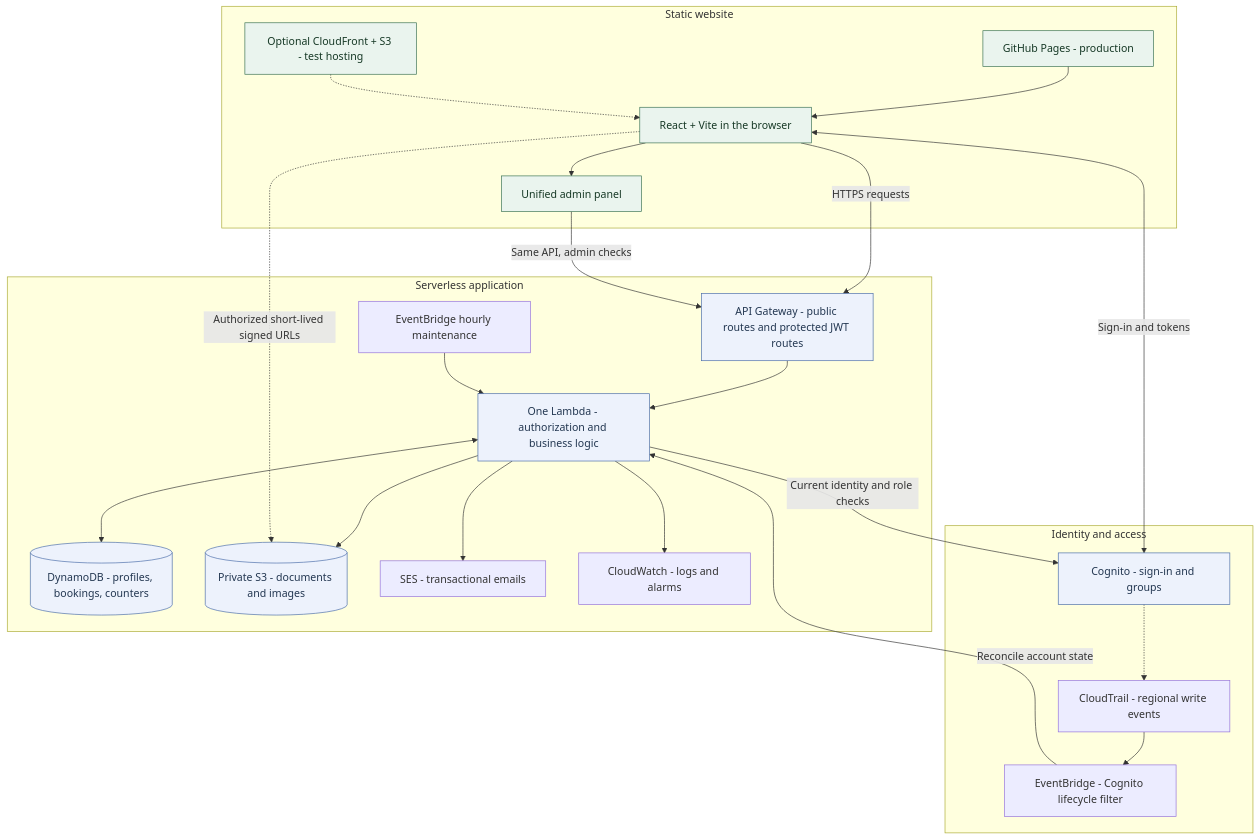
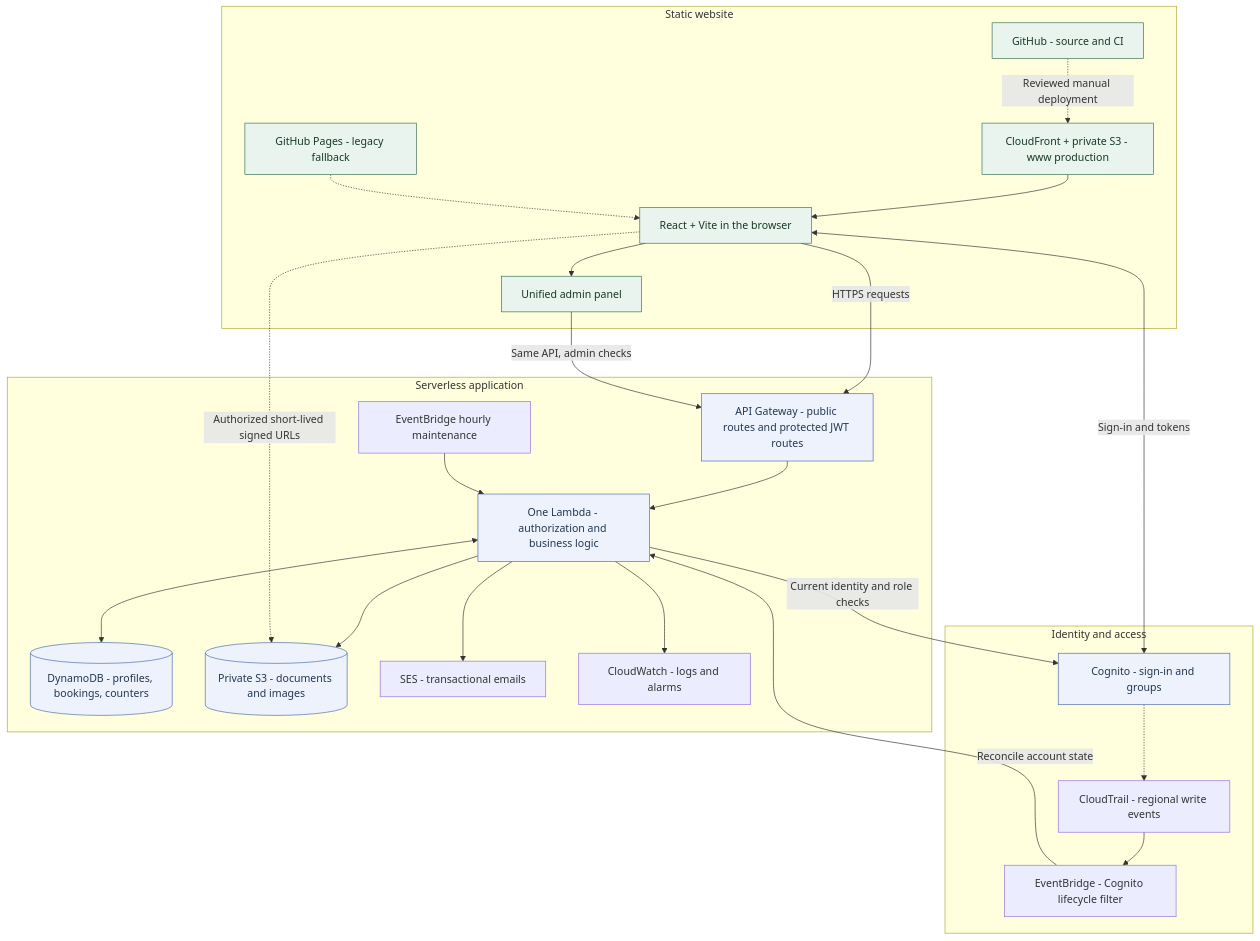
One commit to Bobsnadenica/growpoint.bg changed the diagram in README.md. Above: the diagram before and after it, drawn with Mermaid. The commit also changed other lines of this file and 51 other files, not shown here.

Commit message:
Migrate www to CloudFront and strengthen launch verification

````diff
--- a/README.md
+++ b/README.md
@@ -58,39 +58,40 @@
 ```mermaid
 flowchart TB
   subgraph Web[Static website]
-    GH[GitHub Pages - production] --> SPA[React + Vite in the browser]
-    CF[Optional CloudFront + S3 - test hosting] -.-> SPA
+    GH[GitHub - source and CI] -.->|Reviewed manual deployment| CF[CloudFront + private S3 - www production]
+    CF --> SPA[React + Vite in the browser]
+    LEGACY[GitHub Pages - legacy fallback] -.-> SPA
     SPA --> ADMIN[Unified admin panel]
   end
   subgraph Identity[Identity and access]
     C[Cognito - sign-in and groups]
     CT[CloudTrail - regional write events]
     EV[EventBridge - Cognito lifecycle filter]
     C -.-> CT --> EV
   end
   subgraph Backend[Serverless application]
     API[API Gateway - public routes and protected JWT routes]
     L[One Lambda - authorization and business logic]
     D[(DynamoDB - profiles, bookings, counters)]
     S[(Private S3 - documents and images)]
     E[SES - transactional emails]
     JOB[EventBridge hourly maintenance]
     CW[CloudWatch - logs and alarms]
     API --> L
     L <--> D
     L --> S
     L --> E
     L --> CW
     JOB --> L
   end
   SPA <-->|Sign-in and tokens| C
   SPA -->|HTTPS requests| API
   ADMIN -->|Same API, admin checks| API
   L -->|Current identity and role checks| C
   EV -->|Reconcile account state| L
   SPA -.->|Authorized short-lived signed URLs| S
   classDef static fill:#eaf4ee,stroke:#387052,color:#173926
   classDef secure fill:#edf2fc,stroke:#496ca8,color:#233751
-  class SPA,GH,CF,ADMIN static
+  class SPA,GH,CF,LEGACY,ADMIN static
   class C,API,L,D,S secure
 ```
````
